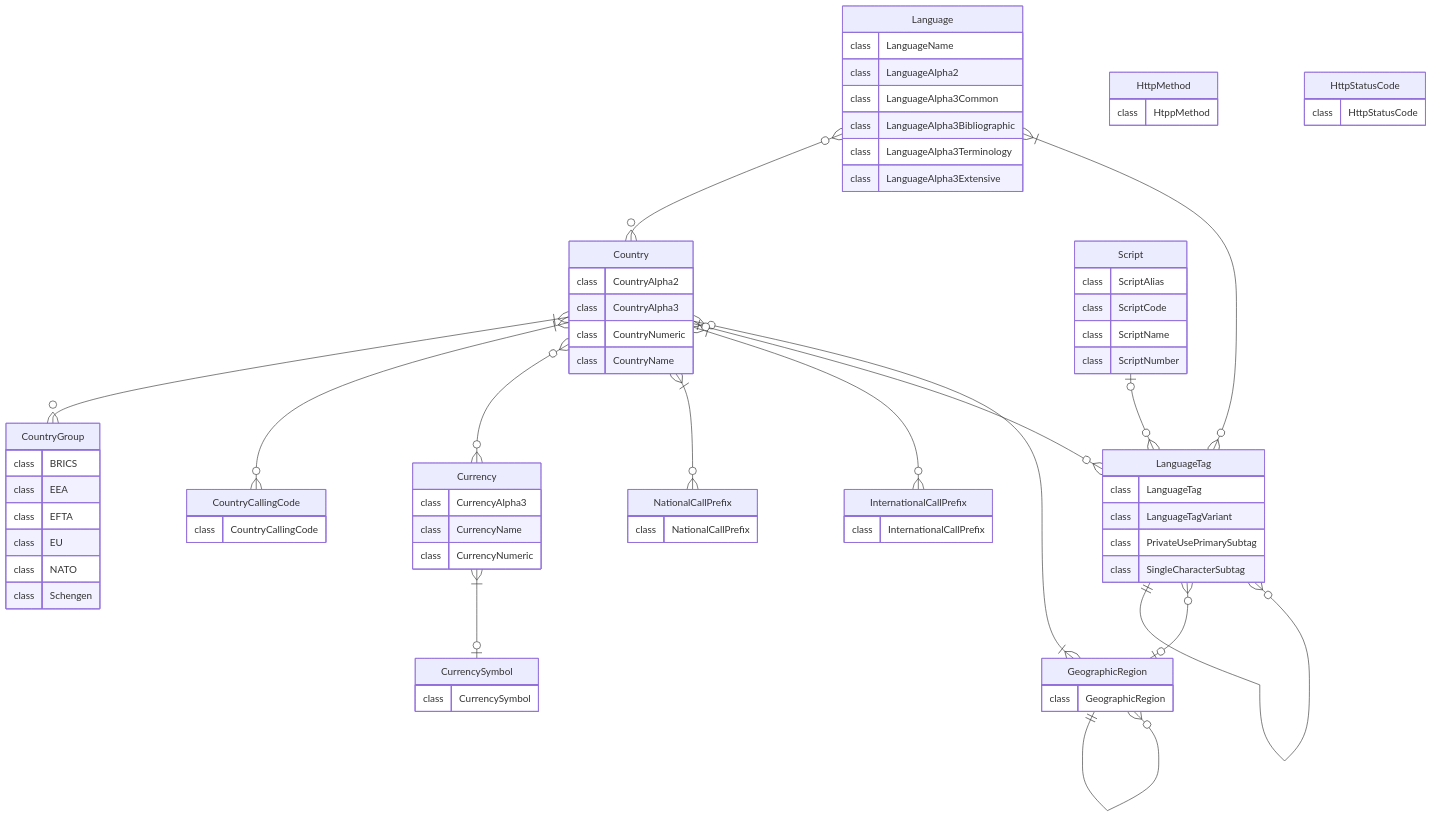
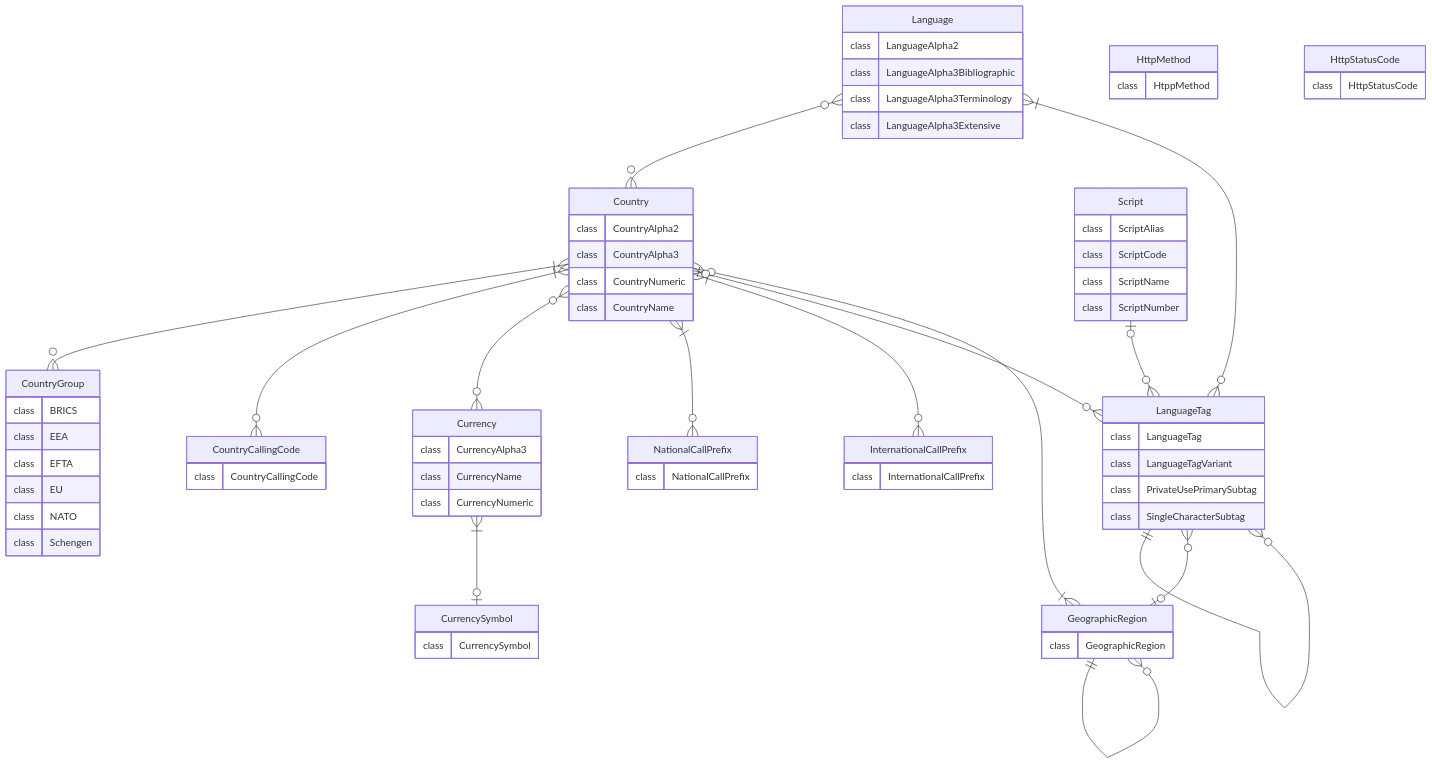
The first of 3 diagrams in README.md (PrinsFrank/standards), drawn with Mermaid before and after one commit. The commit also changed other lines of this file and 6 other files, not shown here.

Commit message:
Remove LanguageName enum as it has been replaced by getNameInLanguage methods

````diff
--- a/README.md
+++ b/README.md
@@ -41,78 +41,76 @@
 ```mermaid
 erDiagram
     Country {
         class CountryAlpha2
         class CountryAlpha3
         class CountryNumeric
         class CountryName
     }
     GeographicRegion {
         class GeographicRegion
     }
     CountryGroup {
         class BRICS
         class EEA
         class EFTA
         class EU
         class NATO
         class Schengen
     }
     CountryCallingCode {
         class CountryCallingCode
     }
     Currency {
         class CurrencyAlpha3
         class CurrencyName
         class CurrencyNumeric
     }
     CurrencySymbol {
         class CurrencySymbol
     }
     NationalCallPrefix {
         class NationalCallPrefix
     }
     InternationalCallPrefix {
         class InternationalCallPrefix
     }
     Language {
-        class LanguageName
         class LanguageAlpha2
-        class LanguageAlpha3Common
         class LanguageAlpha3Bibliographic
         class LanguageAlpha3Terminology
         class LanguageAlpha3Extensive
     }
     Script {
         class ScriptAlias
         class ScriptCode
         class ScriptName
         class ScriptNumber
     }
     LanguageTag {
         class LanguageTag
         class LanguageTagVariant
         class PrivateUsePrimarySubtag
         class SingleCharacterSubtag
     }
     HttpMethod {
         class HtppMethod
     }
     HttpStatusCode {
         class HttpStatusCode
     }
 
     GeographicRegion }|--o{ Country: ""
     GeographicRegion ||--o{ GeographicRegion: ""
     Language }o--o{ Country: ""
     Country }|--o{ CountryGroup: ""
     Country }|--o{ CountryCallingCode: ""
     Country }o--o{ Currency: ""
     Country }|--o{ NationalCallPrefix: ""
     Country }|--o{ InternationalCallPrefix: ""
     Currency }|--o| CurrencySymbol: ""
     LanguageTag ||--o{ LanguageTag: ""
     Language }|--o{ LanguageTag: ""
     Script |o--o{ LanguageTag: ""
     Country |o--o{ LanguageTag: ""
     LanguageTag }o--o| GeographicRegion: ""
 ```
````
